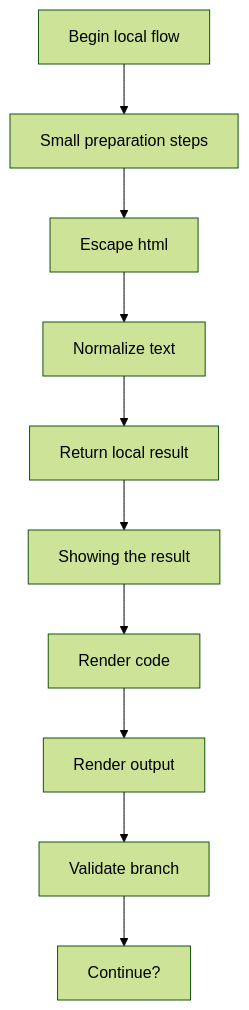
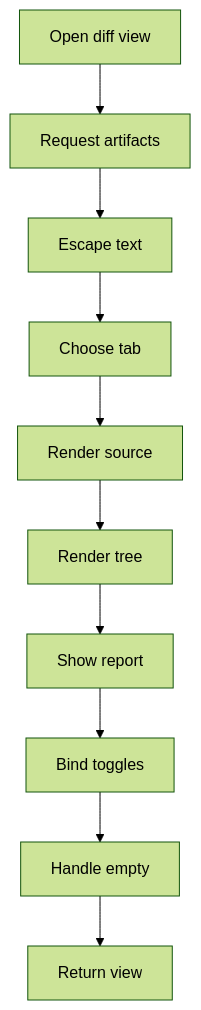
Before and after one commit to JohnAndrewBalbarosa/NeoTerritory: the first of 4 diagrams in docs/Codebase/Frontend/scripts/diff-viewer.js.md, drawn with Mermaid (forest theme). The commit also changed other lines of this file and 21 other files, not shown here.

````diff
--- a/docs/Codebase/Frontend/scripts/diff-viewer.js.md
+++ b/docs/Codebase/Frontend/scripts/diff-viewer.js.md
@@ -24,22 +24,22 @@
 ```mermaid
 flowchart TD
-    N0["Begin local flow"]
-    N1["Small preparation steps"]
-    N2["Escape html"]
-    N3["Normalize text"]
-    N4["Return local result"]
-    N5["Showing the result"]
-    N6["Render code"]
-    N7["Render output"]
-    N8["Validate branch"]
-    N9["Continue?"]
+    N0["Open diff view"]
+    N1["Request artifacts"]
+    N2["Escape text"]
+    N3["Choose tab"]
+    N4["Render source"]
+    N5["Render tree"]
+    N6["Show report"]
+    N7["Bind toggles"]
+    N8["Handle empty"]
+    N9["Return view"]
     N0 --> N1
     N1 --> N2
     N2 --> N3
     N3 --> N4
     N4 --> N5
     N5 --> N6
     N6 --> N7
     N7 --> N8
     N8 --> N9
 ```
````
